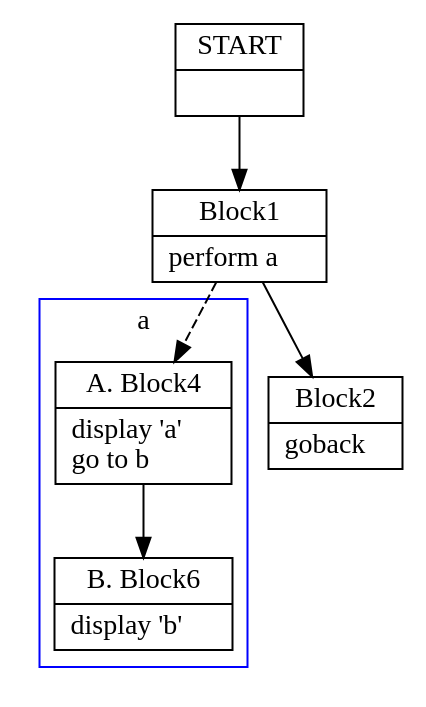
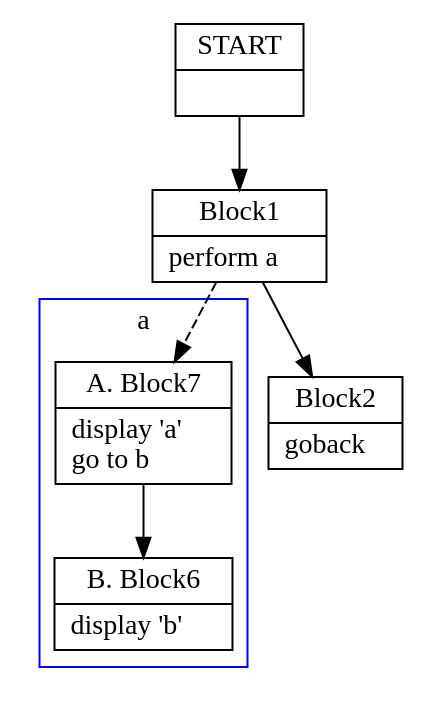
Before and after one commit to TypeCobolTeam/TypeCobol: the diagram in TypeCobol.Analysis.Test/BasicCfgInstrs/PerformGoesOutOfbounds0.dot, drawn with Graphviz. The commit also changed 13 other files, not shown here.

```diff
--- a/TypeCobol.Analysis.Test/BasicCfgInstrs/PerformGoesOutOfbounds0.dot
+++ b/TypeCobol.Analysis.Test/BasicCfgInstrs/PerformGoesOutOfbounds0.dot
@@ -1,36 +1,36 @@
 digraph Cfg {
 compound=true;
 node [
 shape = "record"
 ]
 
 edge [
 arrowtail = "empty"
 ]
 Block0 [
 label = "{START|}"
 ]
 Block1 [
 label = "{Block1|    perform a\l}"
 ]
 subgraph cluster_1{
 color = blue;
 label = "a";
-Block4 [
-label = "{A. Block4|    display 'a'\l    go to b\l}"
+Block7 [
+label = "{A. Block7|    display 'a'\l    go to b\l}"
 ]
 Block6 [
 label = "{B. Block6|    display 'b'\l}"
 ]
-Block4 -> Block6
+Block7 -> Block6
 
 }
-Block1 -> Block4 [style=dashed]
+Block1 -> Block7 [style=dashed]
 
 Block2 [
 label = "{Block2|    goback\l}"
 ]
 Block0 -> Block1
 Block1 -> Block2
 
 }
```
